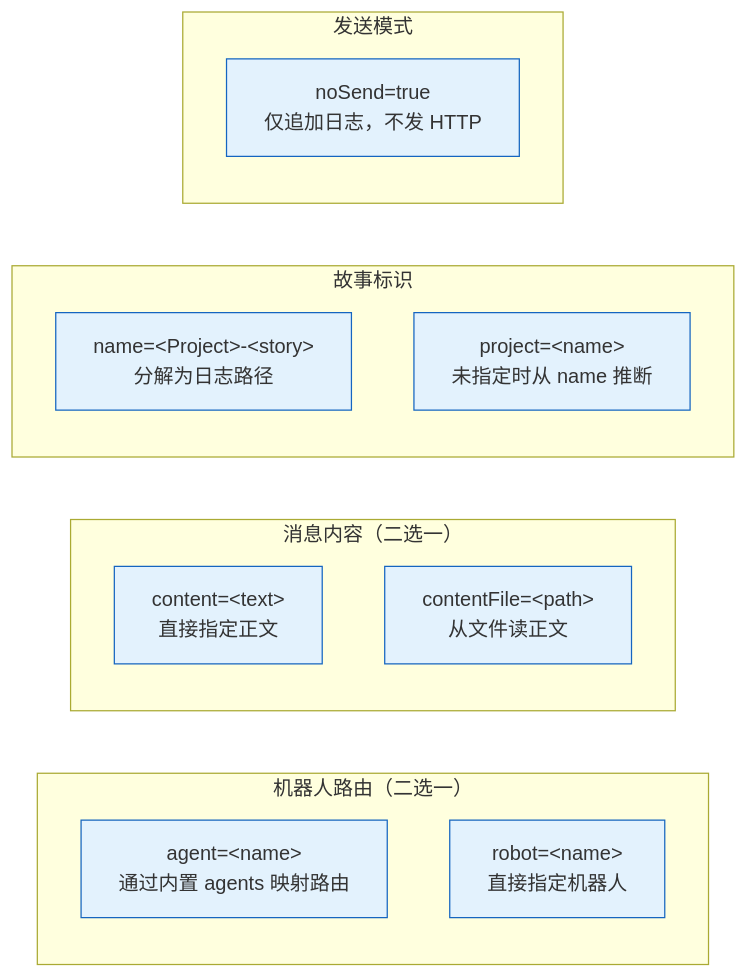
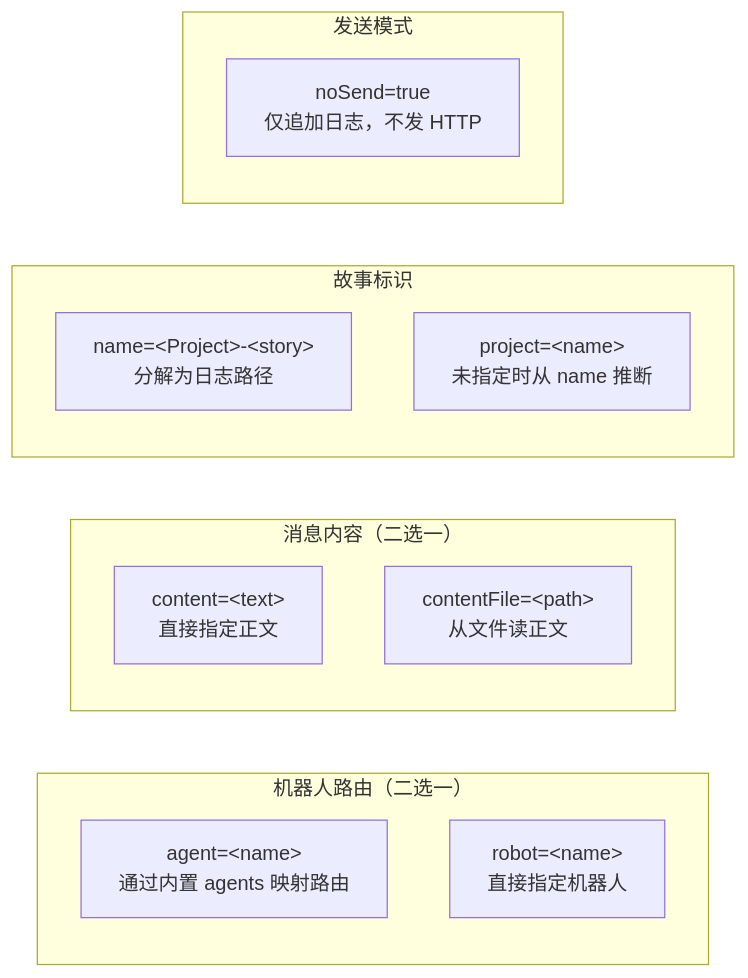
Before and after one commit to effiy/YrY: the second of 11 diagrams in skills/rui-bot/SKILL.md, drawn with Mermaid. The commit also changed other lines of this file and 61 other files, not shown here.

````diff
--- a/skills/rui-bot/SKILL.md
+++ b/skills/rui-bot/SKILL.md
@@ -49,20 +46,19 @@
 ```mermaid
 flowchart LR
     subgraph 路由["机器人路由（二选一）"]
         AGENT["agent=&lt;name&gt;<br/>通过内置 agents 映射路由"]:::param
         ROBOT["robot=&lt;name&gt;<br/>直接指定机器人"]:::param
     end
     subgraph 内容["消息内容（二选一）"]
         TEXT["content=&lt;text&gt;<br/>直接指定正文"]:::param
         FILE["contentFile=&lt;path&gt;<br/>从文件读正文"]:::param
     end
     subgraph 标识["故事标识"]
         NAME["name=&lt;Project&gt;-&lt;story&gt;<br/>分解为日志路径"]:::param
         PROJ["project=&lt;name&gt;<br/>未指定时从 name 推断"]:::param
     end
     subgraph 模式["发送模式"]
         NOSEND["noSend=true<br/>仅追加日志，不发 HTTP"]:::param
     end
 
-    classDef param fill:#e3f2fd,stroke:#1565c0;
 ```
````
